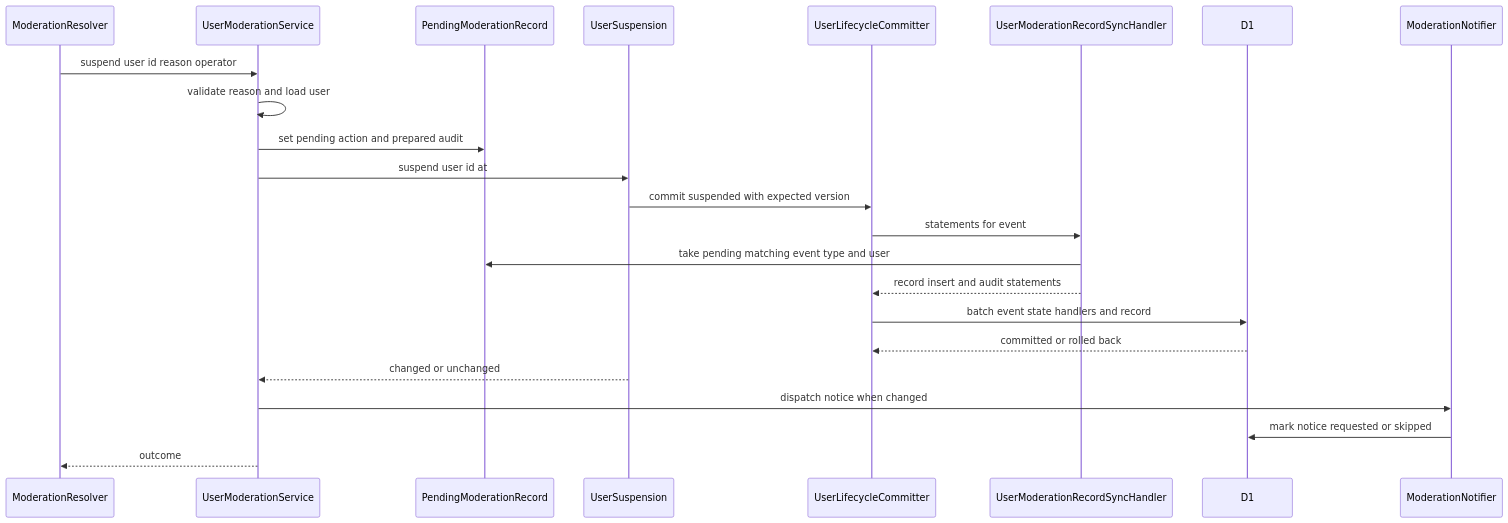
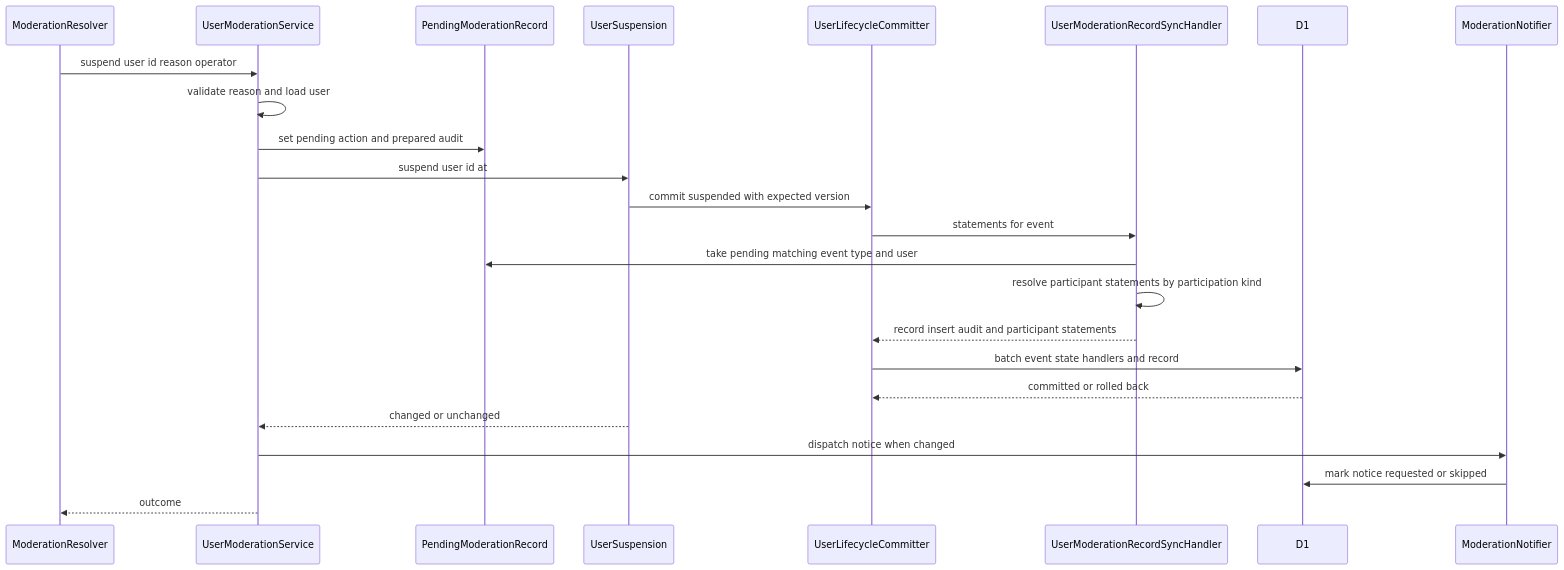
Before and after one commit to kurachiweb/genai-example-2-launch-platform: the second of 5 diagrams in .kiro/specs/ugc-moderation/design.md, drawn with Mermaid. The commit also changed other lines of this file and 3 other files, not shown here.

````diff
--- a/.kiro/specs/ugc-moderation/design.md
+++ b/.kiro/specs/ugc-moderation/design.md
@@ -327,25 +337,26 @@
 ```mermaid
 sequenceDiagram
     participant R as ModerationResolver
     participant S as UserModerationService
     participant P as PendingModerationRecord
     participant U as UserSuspension
     participant K as UserLifecycleCommitter
     participant H as UserModerationRecordSyncHandler
     participant D as D1
     participant N as ModerationNotifier
     R->>S: suspend user id reason operator
     S->>S: validate reason and load user
     S->>P: set pending action and prepared audit
     S->>U: suspend user id at
     U->>K: commit suspended with expected version
     K->>H: statements for event
     H->>P: take pending matching event type and user
-    H-->>K: record insert and audit statements
+    H->>H: resolve participant statements by participation kind
+    H-->>K: record insert audit and participant statements
     K->>D: batch event state handlers and record
     D-->>K: committed or rolled back
     U-->>S: changed or unchanged
     S->>N: dispatch notice when changed
     N->>D: mark notice requested or skipped
     S-->>R: outcome
 ```
````
